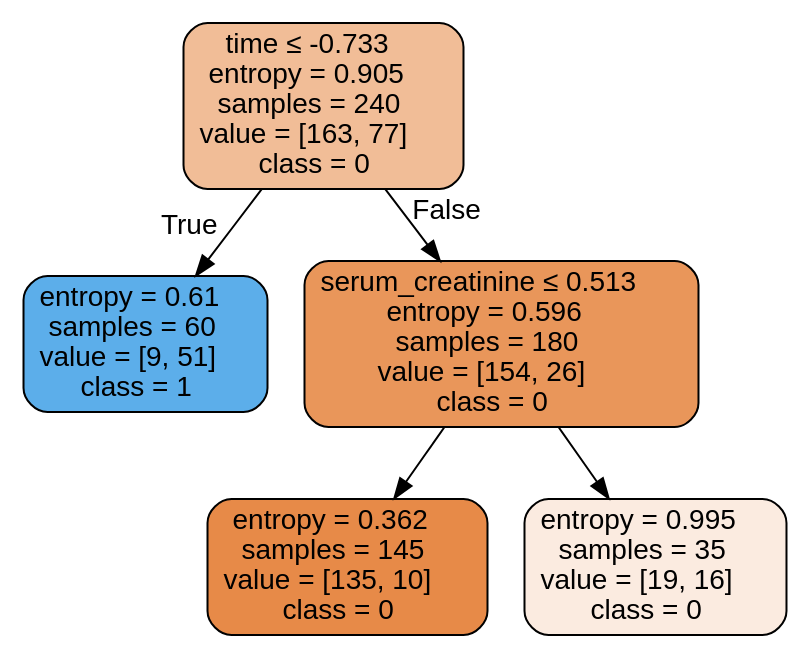
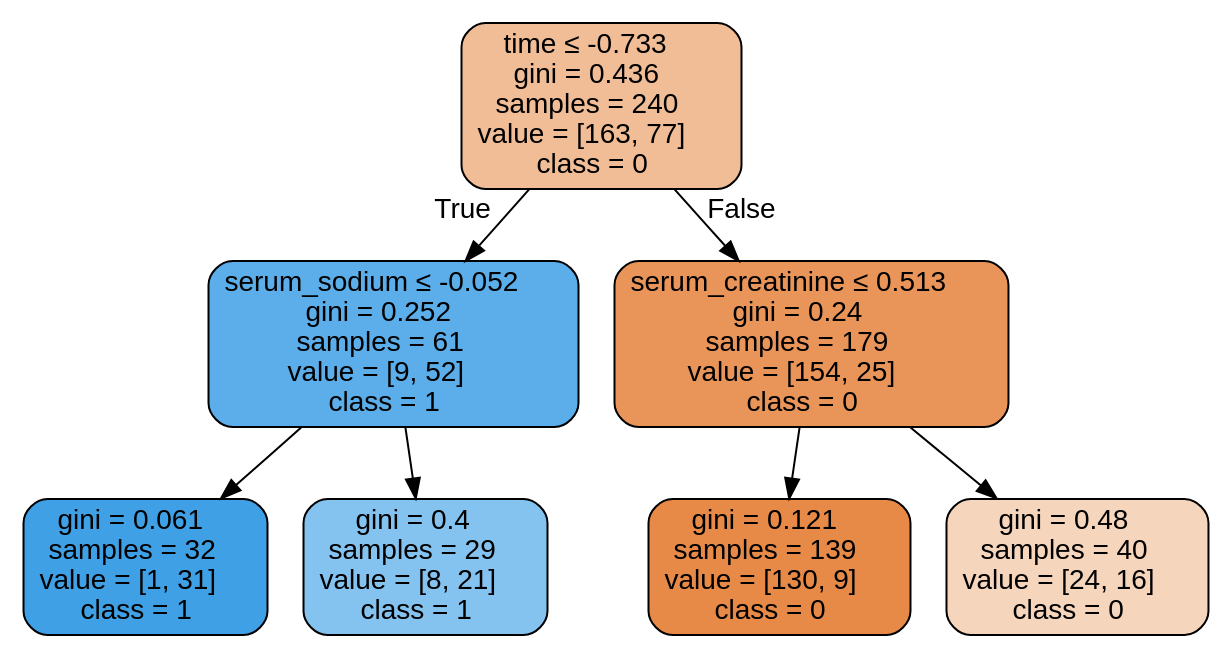
One commit to isabelSoares/CD-2021 changed the diagram in Labs/Results/DecisionTrees/FeatureEng/Original/HFCR - Original - dtree.dot. Above: the diagram before and after it, drawn with Graphviz. The commit also changed 125 other files, not shown here.

```diff
--- a/Labs/Results/DecisionTrees/FeatureEng/Original/HFCR - Original - dtree.dot
+++ b/Labs/Results/DecisionTrees/FeatureEng/Original/HFCR - Original - dtree.dot
@@ -1,13 +1,17 @@
 digraph Tree {
 node [shape=box, style="filled, rounded", color="black", fontname=helvetica] ;
 edge [fontname=helvetica] ;
-0 [label=<time &le; -0.733<br/>entropy = 0.905<br/>samples = 240<br/>value = [163, 77]<br/>class = 0>, fillcolor="#f1bd97"] ;
-1 [label=<entropy = 0.61<br/>samples = 60<br/>value = [9, 51]<br/>class = 1>, fillcolor="#5caeea"] ;
+0 [label=<time &le; -0.733<br/>gini = 0.436<br/>samples = 240<br/>value = [163, 77]<br/>class = 0>, fillcolor="#f1bd97"] ;
+1 [label=<serum_sodium &le; -0.052<br/>gini = 0.252<br/>samples = 61<br/>value = [9, 52]<br/>class = 1>, fillcolor="#5baeea"] ;
 0 -> 1 [labeldistance=2.5, labelangle=45, headlabel="True"] ;
-2 [label=<serum_creatinine &le; 0.513<br/>entropy = 0.596<br/>samples = 180<br/>value = [154, 26]<br/>class = 0>, fillcolor="#e9965a"] ;
-0 -> 2 [labeldistance=2.5, labelangle=-45, headlabel="False"] ;
-3 [label=<entropy = 0.362<br/>samples = 145<br/>value = [135, 10]<br/>class = 0>, fillcolor="#e78a48"] ;
-2 -> 3 ;
-4 [label=<entropy = 0.995<br/>samples = 35<br/>value = [19, 16]<br/>class = 0>, fillcolor="#fbebe0"] ;
-2 -> 4 ;
+2 [label=<gini = 0.061<br/>samples = 32<br/>value = [1, 31]<br/>class = 1>, fillcolor="#3fa0e6"] ;
+1 -> 2 ;
+3 [label=<gini = 0.4<br/>samples = 29<br/>value = [8, 21]<br/>class = 1>, fillcolor="#84c2ef"] ;
+1 -> 3 ;
+4 [label=<serum_creatinine &le; 0.513<br/>gini = 0.24<br/>samples = 179<br/>value = [154, 25]<br/>class = 0>, fillcolor="#e99559"] ;
+0 -> 4 [labeldistance=2.5, labelangle=-45, headlabel="False"] ;
+5 [label=<gini = 0.121<br/>samples = 139<br/>value = [130, 9]<br/>class = 0>, fillcolor="#e78a47"] ;
+4 -> 5 ;
+6 [label=<gini = 0.48<br/>samples = 40<br/>value = [24, 16]<br/>class = 0>, fillcolor="#f6d5bd"] ;
+4 -> 6 ;
 }
```
